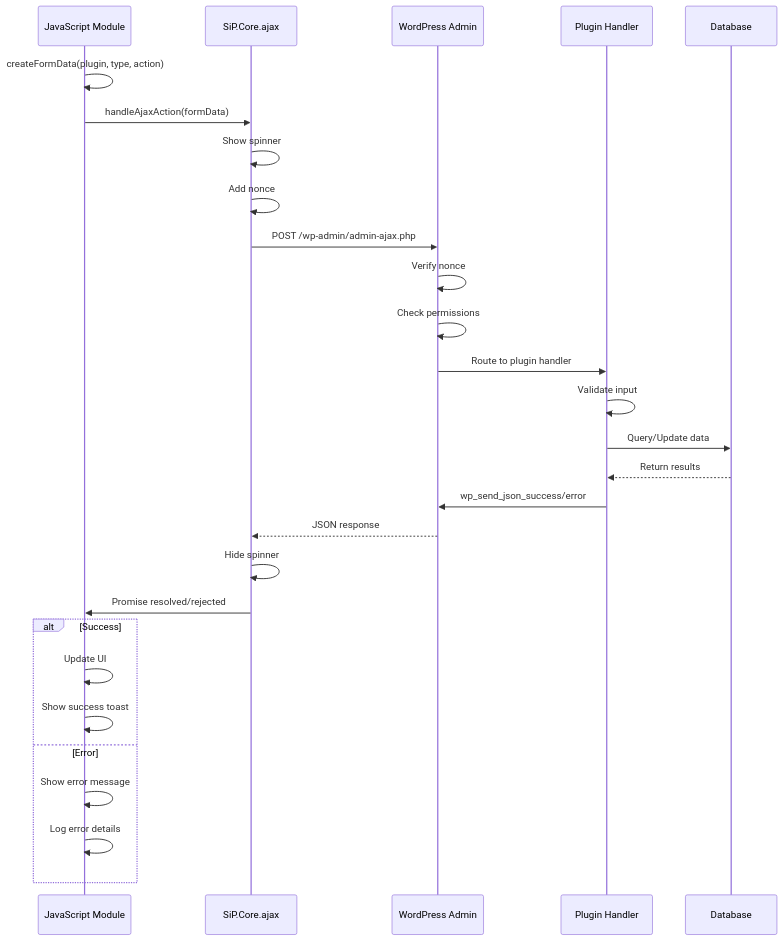
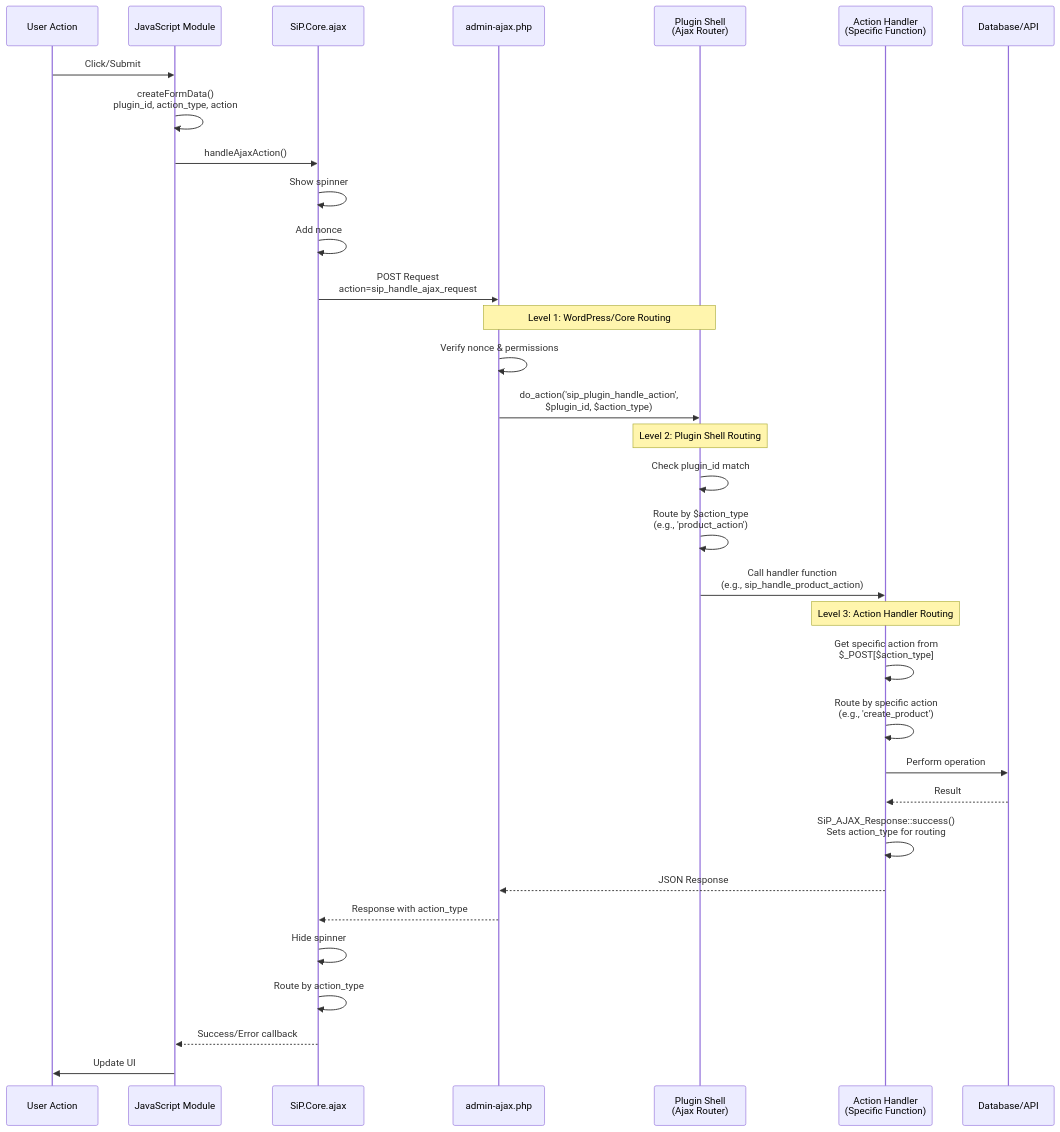
One commit to tdemelle-SiP/.claude changed the diagram in guidelines/sip-plugin-ajax.md. Above: the diagram before and after it, drawn with Mermaid. The commit also changed other lines of this file and 17 other files, not shown here.

````diff
--- a/guidelines/sip-plugin-ajax.md
+++ b/guidelines/sip-plugin-ajax.md
@@ -66,35 +9,40 @@
 ```mermaid
 sequenceDiagram
+    participant U as User Action
     participant JS as JavaScript Module
     participant Core as SiP.Core.ajax
-    participant WP as WordPress Admin
-    participant Handler as Plugin Handler
-    participant DB as Database
+    participant WP as admin-ajax.php
+    participant Shell as Plugin Shell<br/>(Ajax Router)
+    participant Handler as Action Handler<br/>(Specific Function)
+    participant DB as Database/API
     
-    JS->>JS: createFormData(plugin, type, action)
-    JS->>Core: handleAjaxAction(formData)
+    U->>JS: Click/Submit
+    JS->>JS: createFormData()<br/>plugin_id, action_type, action
+    JS->>Core: handleAjaxAction()
     Core->>Core: Show spinner
     Core->>Core: Add nonce
-    Core->>WP: POST /wp-admin/admin-ajax.php
+    Core->>WP: POST Request<br/>action=sip_handle_ajax_request
     
-    WP->>WP: Verify nonce
-    WP->>WP: Check permissions
-    WP->>Handler: Route to plugin handler
+    Note over WP,Shell: Level 1: WordPress/Core Routing
+    WP->>WP: Verify nonce & permissions
+    WP->>Shell: do_action('sip_plugin_handle_action',<br/>$plugin_id, $action_type)
     
-    Handler->>Handler: Validate input
-    Handler->>DB: Query/Update data
-    DB-->>Handler: Return results
+    Note over Shell: Level 2: Plugin Shell Routing
+    Shell->>Shell: Check plugin_id match
+    Shell->>Shell: Route by $action_type<br/>(e.g., 'product_action')
+    Shell->>Handler: Call handler function<br/>(e.g., sip_handle_product_action)
     
-    Handler->>WP: wp_send_json_success/error
-    WP-->>Core: JSON response
+    Note over Handler: Level 3: Action Handler Routing
+    Handler->>Handler: Get specific action from<br/>$_POST[$action_type]
+    Handler->>Handler: Route by specific action<br/>(e.g., 'create_product')
+    Handler->>DB: Perform operation
+    DB-->>Handler: Result
+    
+    Handler->>Handler: SiP_AJAX_Response::success()<br/>Sets action_type for routing
+    Handler-->>WP: JSON Response
+    WP-->>Core: Response with action_type
     Core->>Core: Hide spinner
-    Core->>JS: Promise resolved/rejected
-    
-    alt Success
-        JS->>JS: Update UI
-        JS->>JS: Show success toast
-    else Error
-        JS->>JS: Show error message
-        JS->>JS: Log error details
-    end
+    Core->>Core: Route by action_type
+    Core-->>JS: Success/Error callback
+    JS->>U: Update UI
 ```
````
